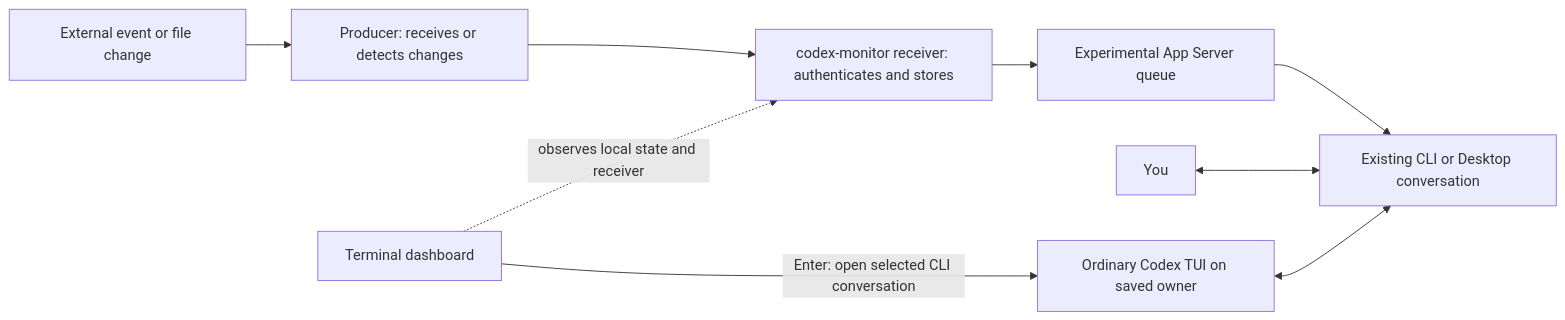
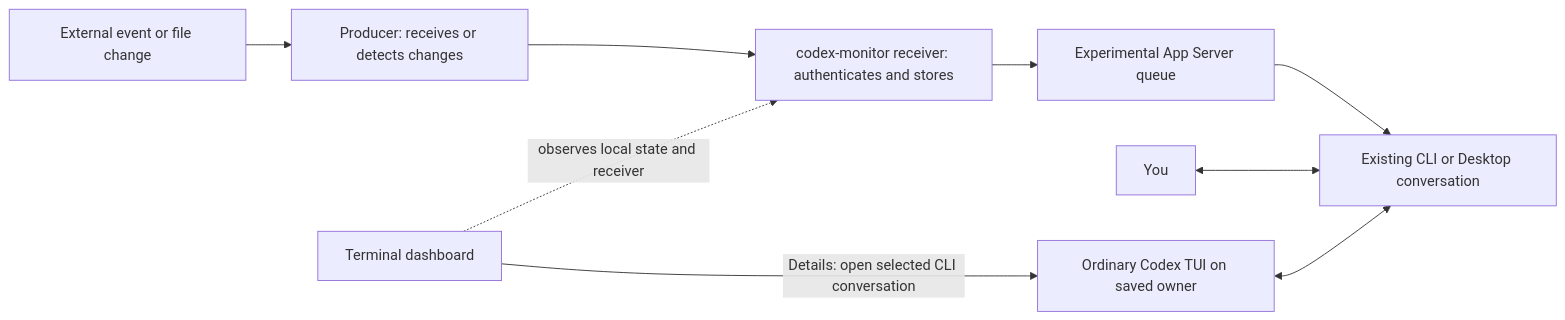
One commit to Jaemani/codex-monitor changed the diagram in README.md. Above: the diagram before and after it, drawn with Mermaid. The commit also changed other lines of this file and 70 other files, not shown here.

````diff
--- a/README.md
+++ b/README.md
@@ -31,11 +31,11 @@
 ```mermaid
 flowchart LR
     E[External event or file change] --> P[Producer: receives or detects changes]
     P --> R[codex-monitor receiver: authenticates and stores]
     R --> Q[Experimental App Server queue]
     Q --> C[Existing CLI or Desktop conversation]
     U[You] <--> C
     D[Terminal dashboard] -. observes local state and receiver .-> R
-    D -->|Enter: open selected CLI conversation| T[Ordinary Codex TUI on saved owner]
+    D -->|Details: open selected CLI conversation| T[Ordinary Codex TUI on saved owner]
     T <--> C
 ```
````
